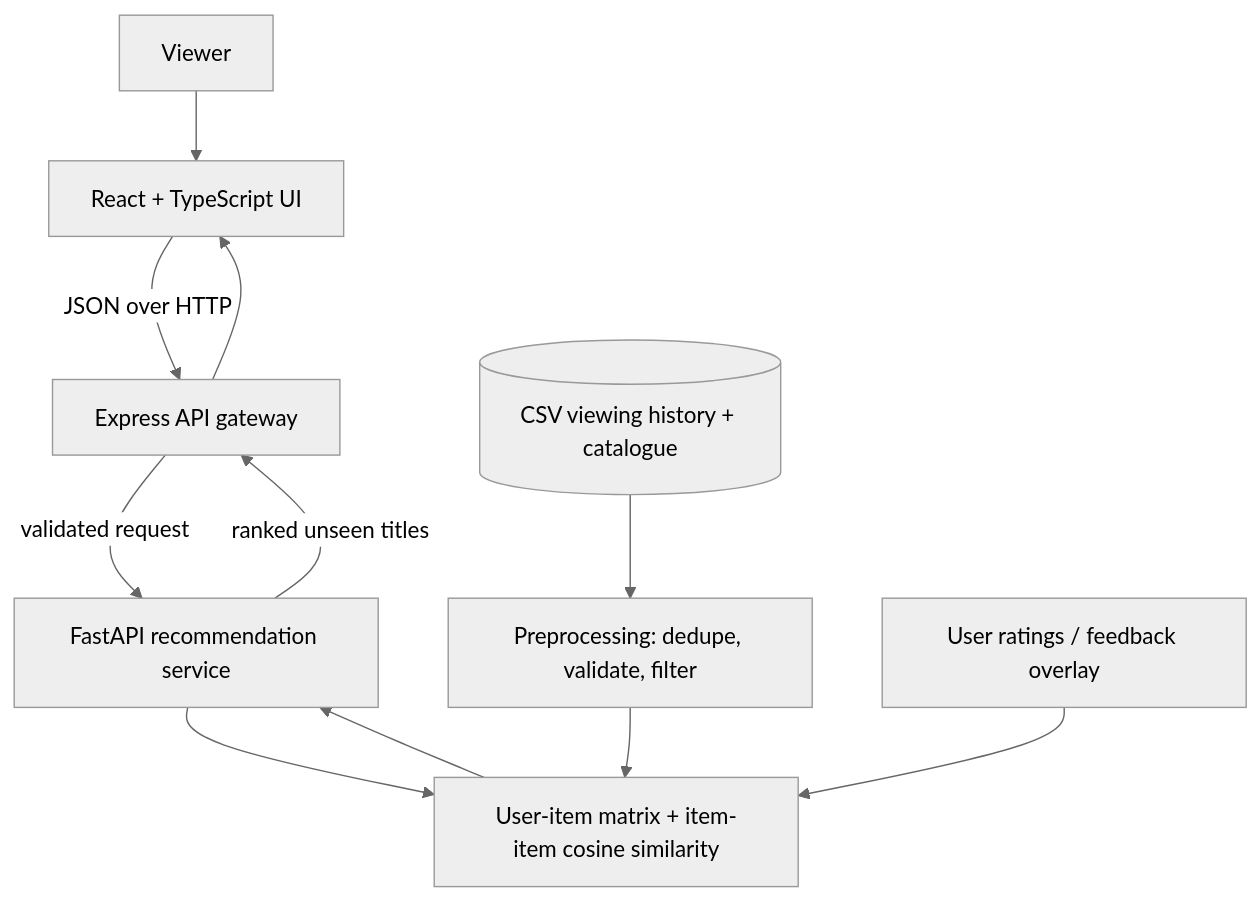
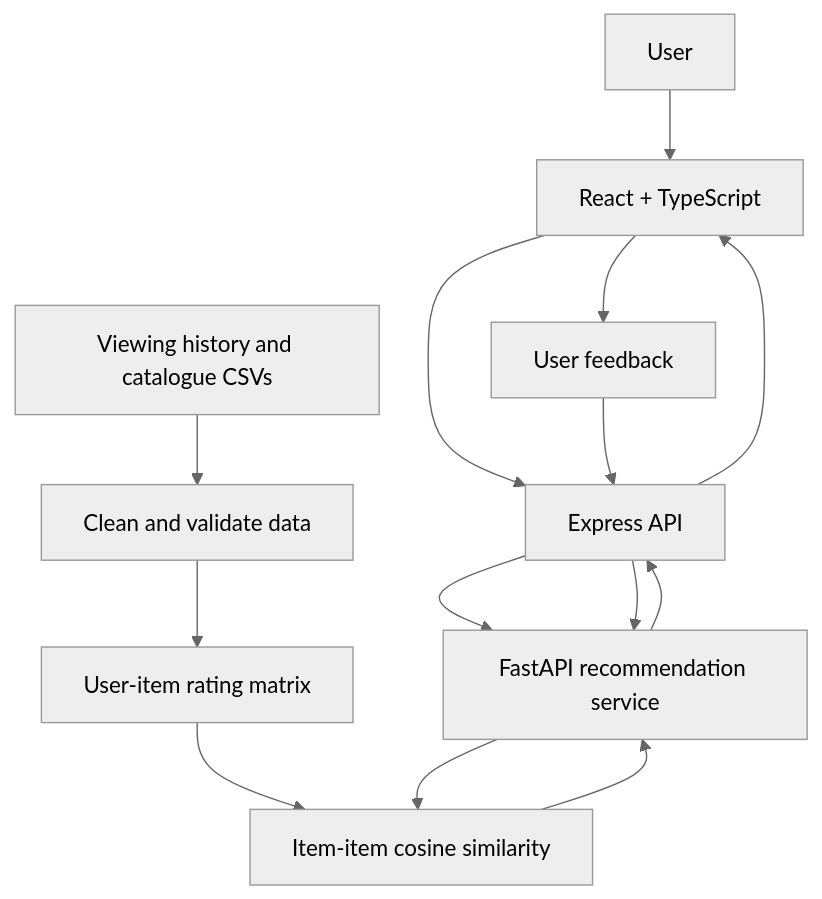
The diagram in README.md (Gxwthmmmm/streamgen), drawn with Mermaid (neutral theme) before and after one commit. The commit also changed other lines of this file, not shown here.

````diff
--- a/README.md
+++ b/README.md
@@ -18,13 +27,16 @@
 ```mermaid
 flowchart TD
-    U[Viewer] --> UI[React + TypeScript UI]
-    UI -->|JSON over HTTP| API[Express API gateway]
-    API -->|validated request| ML[FastAPI recommendation service]
-    DATA[(CSV viewing history + catalogue)] --> PRE[Preprocessing: dedupe, validate, filter]
-    PRE --> CF[User-item matrix + item-item cosine similarity]
-    ML --> CF
-    FB[User ratings / feedback overlay] --> CF
-    CF --> ML
-    ML -->|ranked unseen titles| API
-    API --> UI
+    A[User] --> B[React + TypeScript]
+    B --> C[Express API]
+    C --> D[FastAPI recommendation service]
+    E[Viewing history and catalogue CSVs] --> F[Clean and validate data]
+    F --> G[User-item rating matrix]
+    G --> H[Item-item cosine similarity]
+    D --> H
+    H --> D
+    D --> C
+    C --> B
+    B --> I[User feedback]
+    I --> C
+    C --> D
 ```
````
